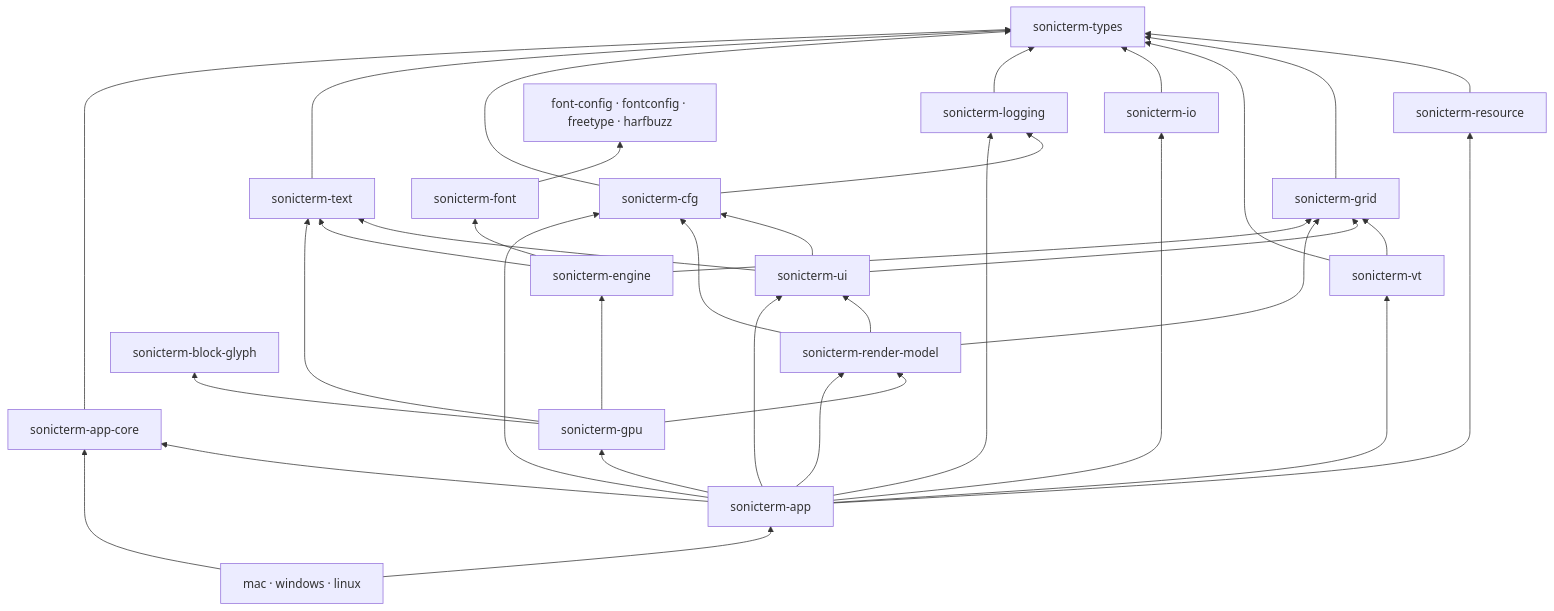
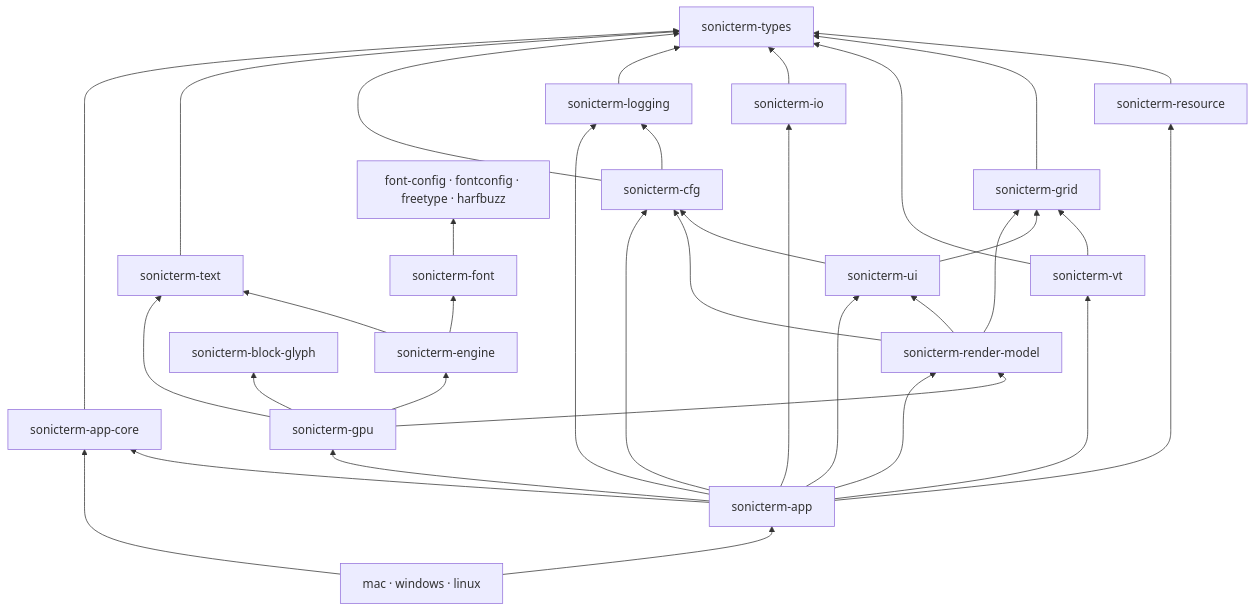
Before and after one commit to D0n9X1n/SonicTerm: the diagram in wiki/Crate-Reference-zh-CN.md, drawn with Mermaid. The commit also changed other lines of this file and 15 other files, not shown here.

````diff
--- a/wiki/Crate-Reference-zh-CN.md
+++ b/wiki/Crate-Reference-zh-CN.md
@@ -12,57 +12,55 @@
 ```mermaid
 flowchart BT
     types["sonicterm-types"]
     resource["sonicterm-resource"]
     grid["sonicterm-grid"]
     vt["sonicterm-vt"]
     io["sonicterm-io"]
     logging["sonicterm-logging"]
     cfg["sonicterm-cfg"]
     text["sonicterm-text"]
     ui["sonicterm-ui"]
     model["sonicterm-render-model"]
     fontparts["font-config · fontconfig · freetype · harfbuzz"]
     font["sonicterm-font"]
     engine["sonicterm-engine"]
     block["sonicterm-block-glyph"]
     gpu["sonicterm-gpu"]
     core["sonicterm-app-core"]
     app["sonicterm-app"]
     platforms["mac · windows · linux"]
 
     resource --> types
     grid --> types
     vt --> grid
     vt --> types
     io --> types
     logging --> types
     cfg --> logging
     cfg --> types
     text --> types
     ui --> cfg
     ui --> grid
-    ui --> text
     model --> cfg
     model --> grid
     model --> ui
     font --> fontparts
     engine --> font
-    engine --> grid
     engine --> text
     gpu --> block
     gpu --> model
     gpu --> engine
     gpu --> text
     core --> types
     app --> core
     app --> vt
     app --> io
     app --> cfg
     app --> ui
     app --> model
     app --> gpu
     app --> resource
     app --> logging
     platforms --> app
     platforms --> core
 ```
````
